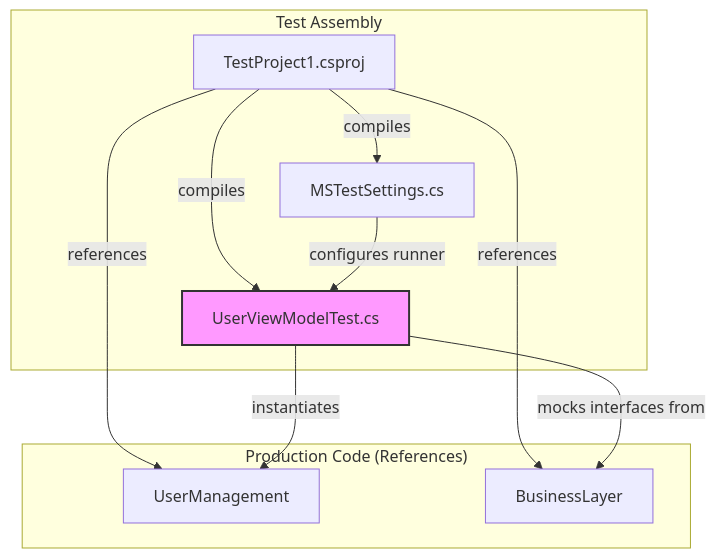
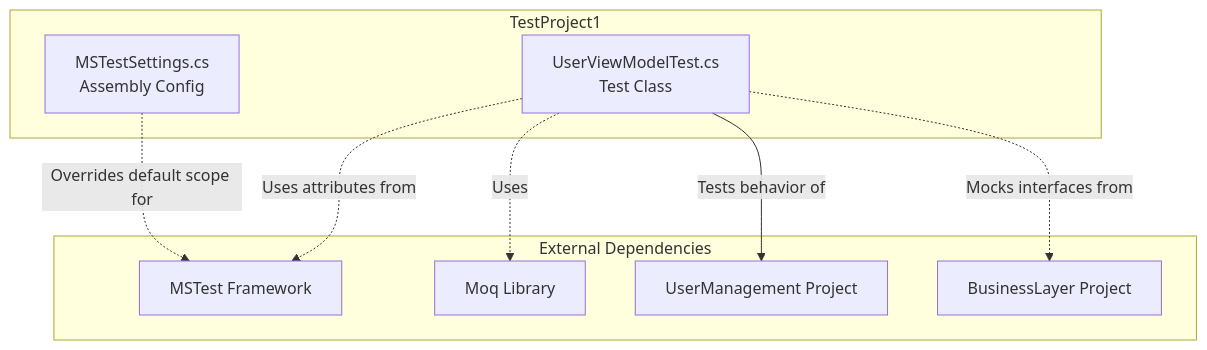
One commit to wetzlmaier-scch/mvvm changed the diagram in doc/TestProject1.md. Above: the diagram before and after it, drawn with Mermaid. The commit also changed other lines of this file and 132 other files, not shown here.

````diff
--- a/doc/TestProject1.md
+++ b/doc/TestProject1.md
@@ -19,24 +18,20 @@
 ```mermaid
 flowchart TD
-    subgraph "Test Assembly"
-        CSProj[TestProject1.csproj]
-        Settings[MSTestSettings.cs]
-        TestClass[UserViewModelTest.cs]
+    subgraph "TestProject1"
+        Config[MSTestSettings.cs<br/>Assembly Config]
+        TestSuite[UserViewModelTest.cs<br/>Test Class]
     end
 
-    subgraph "Production Code (References)"
-        UserMgmt[UserManagement]
-        BizLayer[BusinessLayer]
+    subgraph "External Dependencies"
+        MSTest[MSTest Framework]
+        Moq[Moq Library]
+        UserMgmt[UserManagement Project]
+        BizLayer[BusinessLayer Project]
     end
 
-    CSProj -->|compiles| Settings
-    CSProj -->|compiles| TestClass
-    CSProj -->|references| UserMgmt
-    CSProj -->|references| BizLayer
-    
-    Settings -->|configures runner| TestClass
-    TestClass -->|instantiates| UserMgmt
-    TestClass -->|mocks interfaces from| BizLayer
-    
-    style TestClass fill:#f9f,stroke:#333,stroke-width:2px
+    Config -.->|Overrides default scope for| MSTest
+    TestSuite -.->|Uses attributes from| MSTest
+    TestSuite -.->|Mocks interfaces from| BizLayer
+    TestSuite -->|Tests behavior of| UserMgmt
+    TestSuite -.->|Uses| Moq
 ```
````
